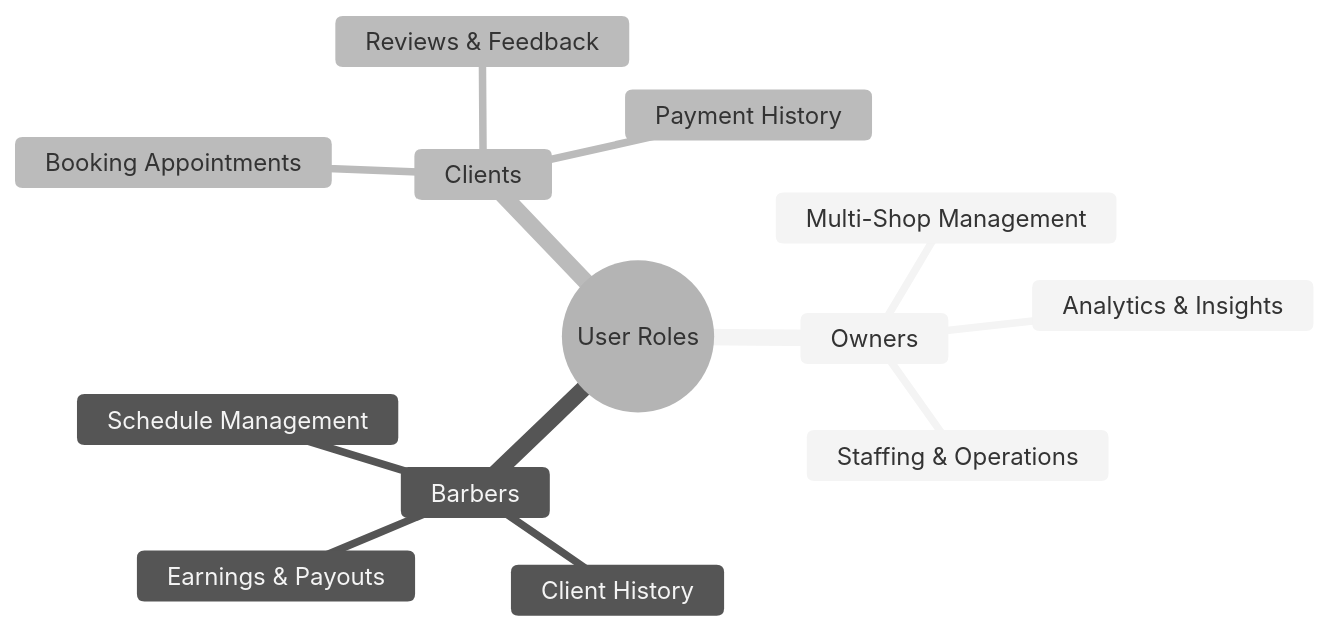
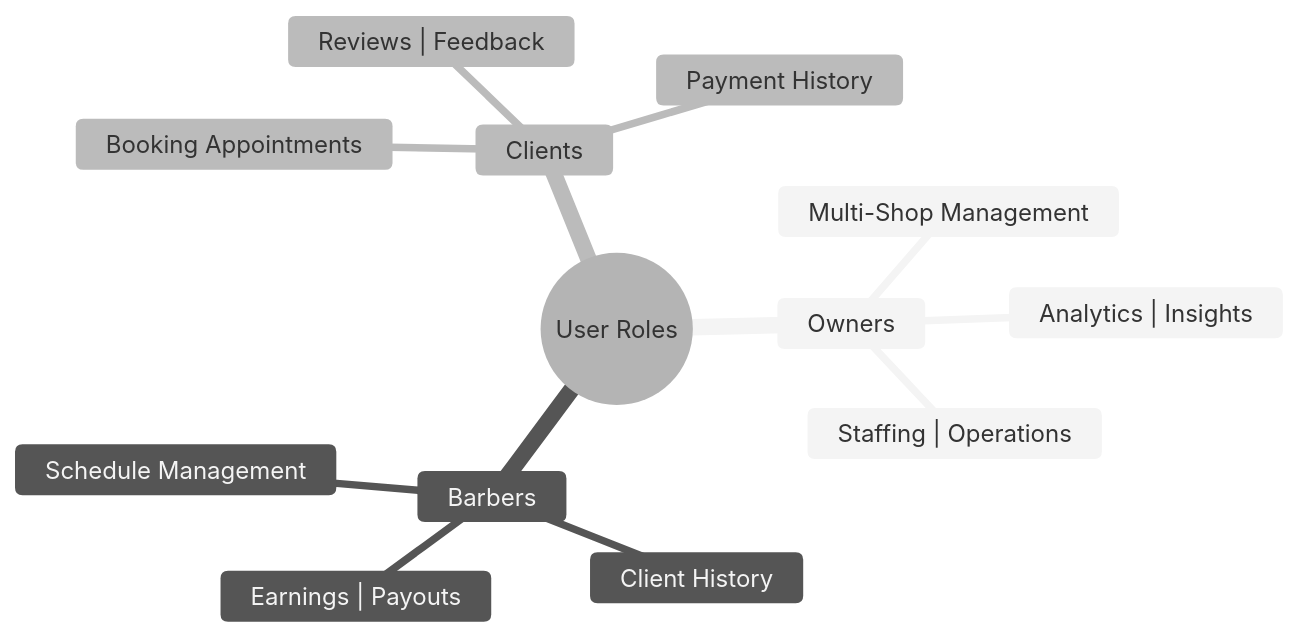
The second of 2 diagrams in README.md (aharoJ/barbershop), drawn with Mermaid (neutral theme) before and after one commit. The commit also changed other lines of this file and 2 other files, not shown here.

````diff
--- a/README.md
+++ b/README.md
@@ -66,16 +65,16 @@
 ```mermaid
 mindmap
   root((User Roles))
     Owners
       Multi-Shop Management
-      Analytics & Insights
-      Staffing & Operations
+      Analytics | Insights
+      Staffing | Operations
     Barbers
       Schedule Management
       Client History
-      Earnings & Payouts
+      Earnings | Payouts
     Clients
       Booking Appointments
-      Reviews & Feedback
+      Reviews | Feedback
       Payment History
 ```
````
